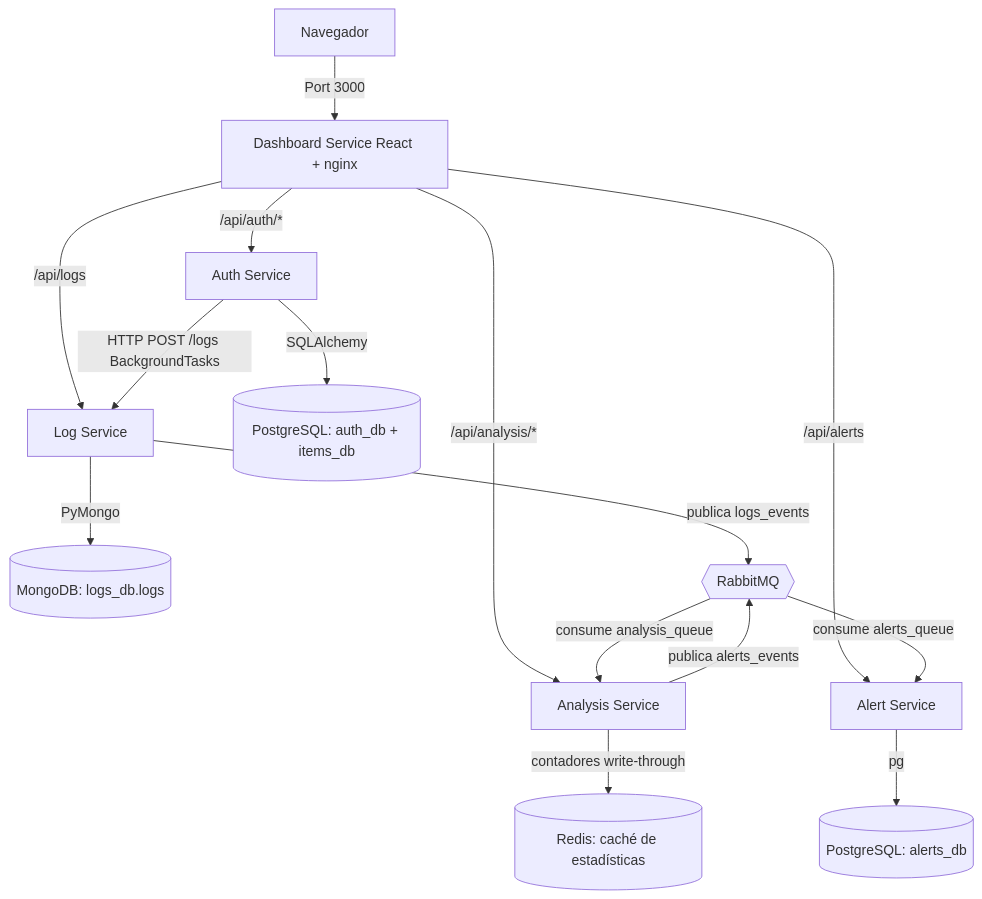
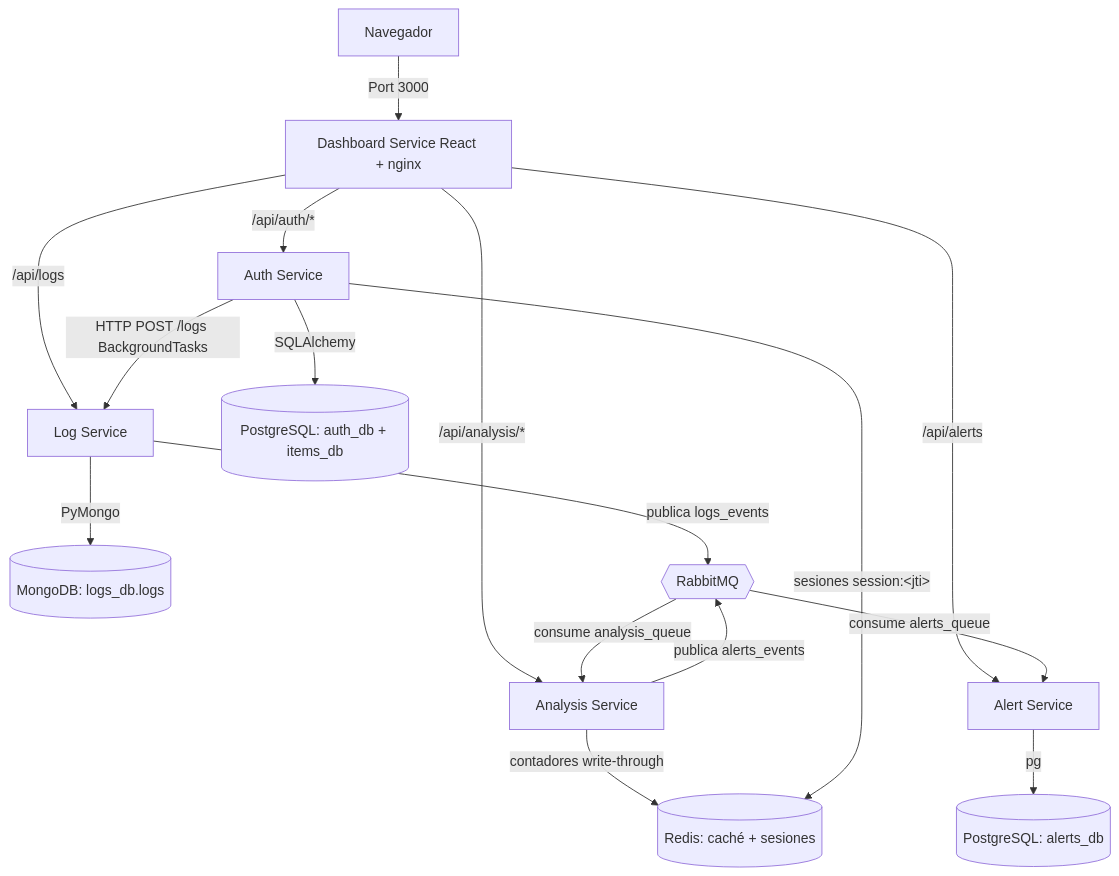
Before and after one commit to TomasGarco/Proeycto-Ciberseguridad: the diagram in README.md, drawn with Mermaid. The commit also changed other lines of this file and 2 other files, not shown here.

Commit message:
Documenta el manejo de sesiones en Redis y las reglas configurables en README, resumen e informe

````diff
--- a/README.md
+++ b/README.md
@@ -45,17 +45,18 @@
 ```mermaid
 graph TD
     Client[Navegador] -->|Port 3000| Dash[Dashboard Service React + nginx]
     Dash -->|/api/auth/*| Auth[Auth Service]
     Dash -->|/api/logs| LogServ[Log Service]
     Dash -->|/api/analysis/*| Analysis[Analysis Service]
     Dash -->|/api/alerts| AlertServ[Alert Service]
     Auth -->|HTTP POST /logs BackgroundTasks| LogServ
     Auth -->|SQLAlchemy| PG[(PostgreSQL: auth_db + items_db)]
     LogServ -->|PyMongo| Mongo[(MongoDB: logs_db.logs)]
     LogServ -->|publica logs_events| MQ{{RabbitMQ}}
     MQ -->|consume analysis_queue| Analysis
     Analysis -->|publica alerts_events| MQ
     MQ -->|consume alerts_queue| AlertServ
     AlertServ -->|pg| PGA[(PostgreSQL: alerts_db)]
-    Analysis -->|contadores write-through| Redis[(Redis: caché de estadísticas)]
+    Analysis -->|contadores write-through| Redis[(Redis: caché + sesiones)]
+    Auth -->|"sesiones session:&lt;jti&gt;"| Redis
 ```
````
